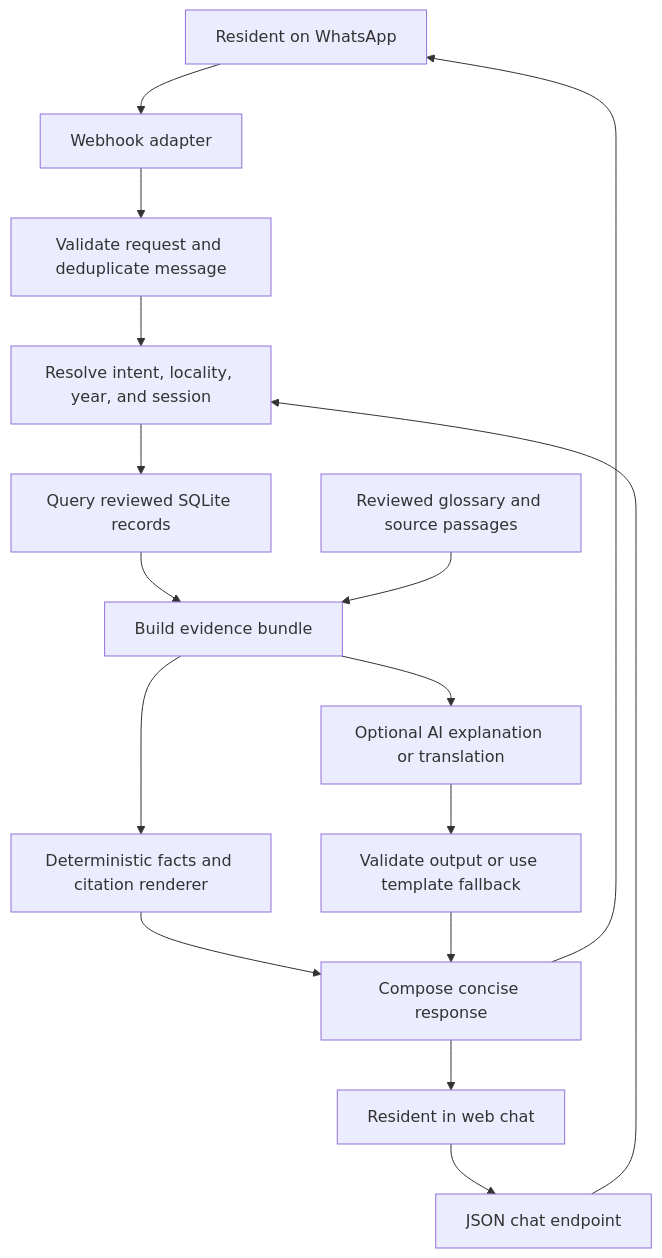
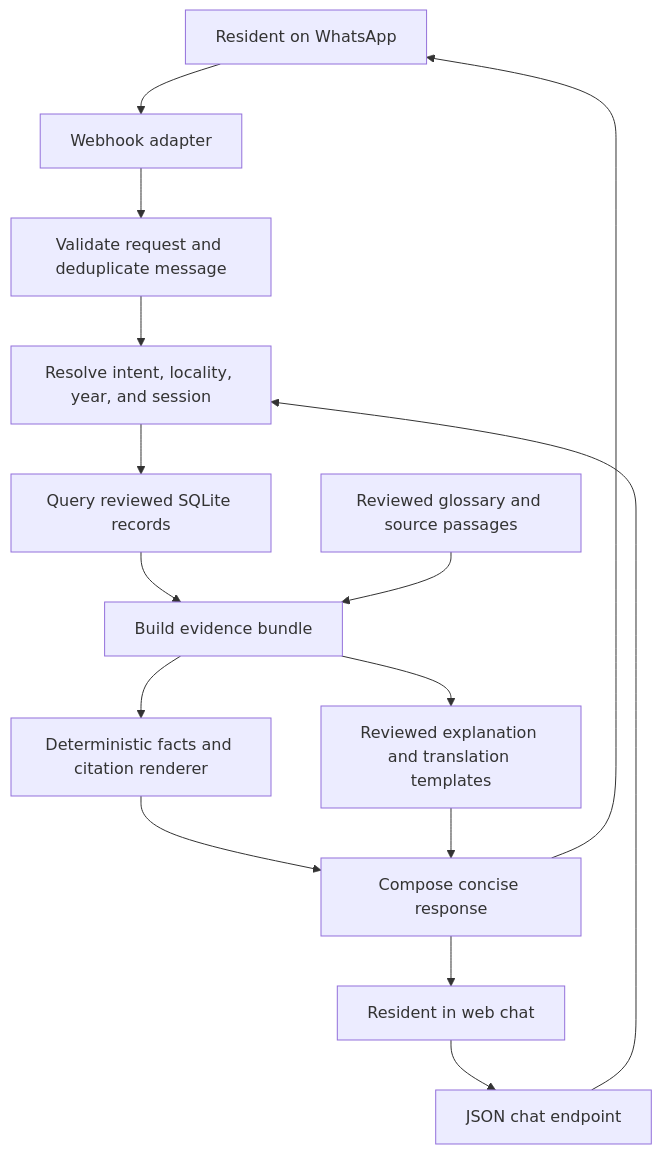
The diagram in docs/architecture.md (vitamaxoduol/Track-A-Mtaani), drawn with Mermaid before and after one commit. The commit also changed other lines of this file and 37 other files, not shown here.

````diff
--- a/docs/architecture.md
+++ b/docs/architecture.md
@@ -7,18 +7,17 @@
 ```mermaid
 flowchart TD
     W[Resident on WhatsApp] --> H[Webhook adapter]
     H --> V[Validate request and deduplicate message]
     V --> R[Resolve intent, locality, year, and session]
     B[Resident in web chat] --> J[JSON chat endpoint]
     J --> R
     R --> Q[Query reviewed SQLite records]
     Q --> E[Build evidence bundle]
     G[Reviewed glossary and source passages] --> E
     E --> T[Deterministic facts and citation renderer]
-    E --> A[Optional AI explanation or translation]
-    A --> C[Validate output or use template fallback]
+    E --> C[Reviewed explanation and translation templates]
     T --> O[Compose concise response]
     C --> O
     O --> W
     O --> B
 ```
````
